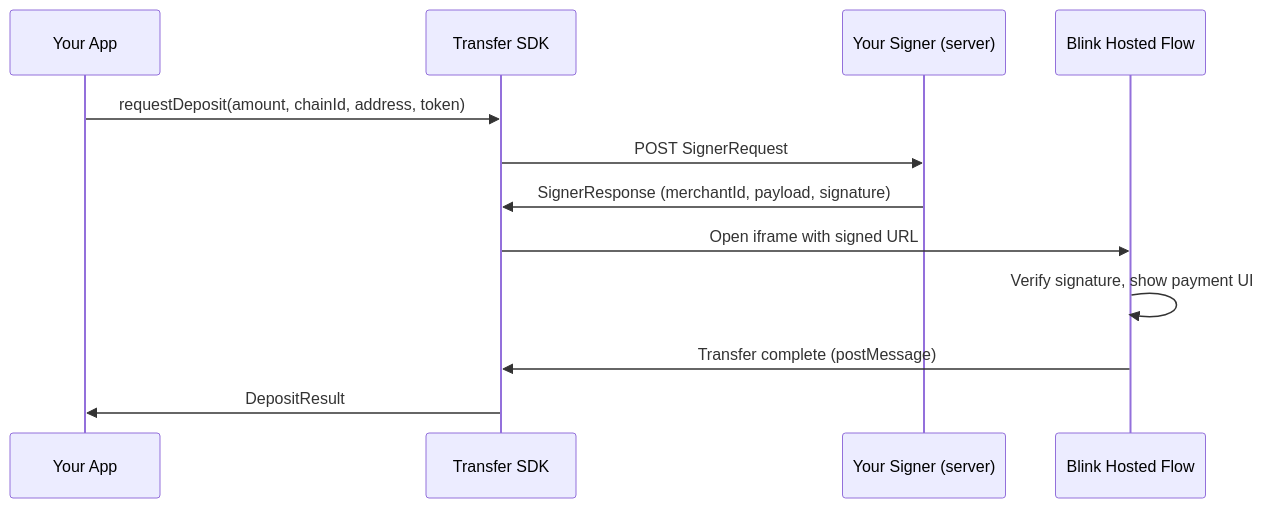
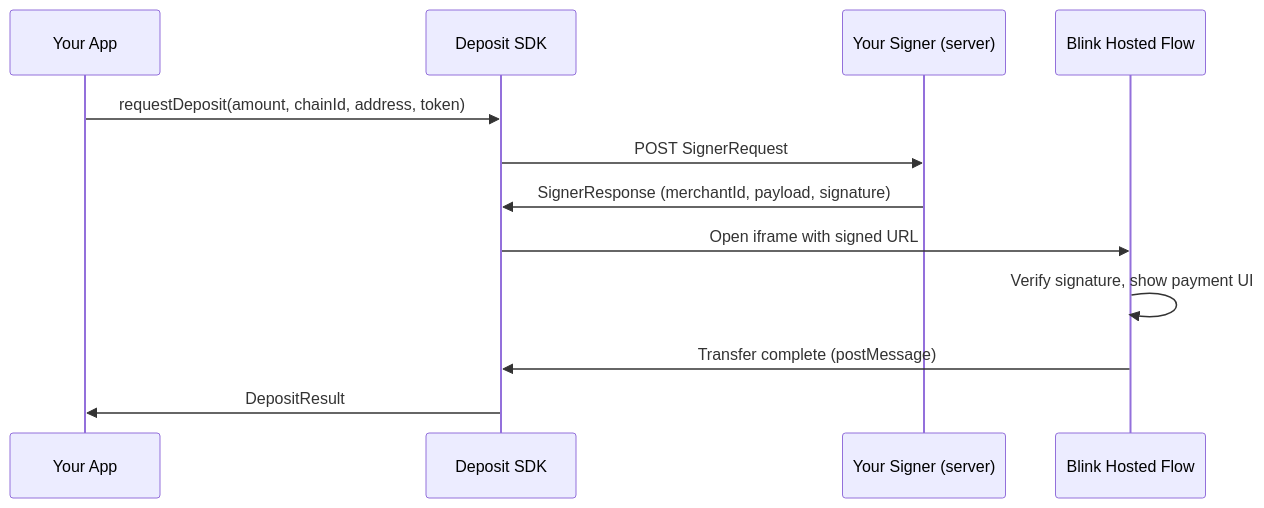
The diagram in introduction.mdx (swype-org/docs), drawn with Mermaid before and after one commit. The commit also changed other lines of this file and 11 other files, not shown here.

````diff
--- a/introduction.mdx
+++ b/introduction.mdx
@@ -16,15 +16,15 @@
 ```mermaid
 sequenceDiagram
     participant App as Your App
-    participant SDK as Transfer SDK
+    participant SDK as Deposit SDK
     participant Signer as Your Signer (server)
     participant BlinkFlow as Blink Hosted Flow
 
     App->>SDK: requestDeposit(amount, chainId, address, token)
     SDK->>Signer: POST SignerRequest
     Signer->>SDK: SignerResponse (merchantId, payload, signature)
     SDK->>BlinkFlow: Open iframe with signed URL
     BlinkFlow->>BlinkFlow: Verify signature, show payment UI
     BlinkFlow->>SDK: Transfer complete (postMessage)
     SDK->>App: DepositResult
 ```
````
